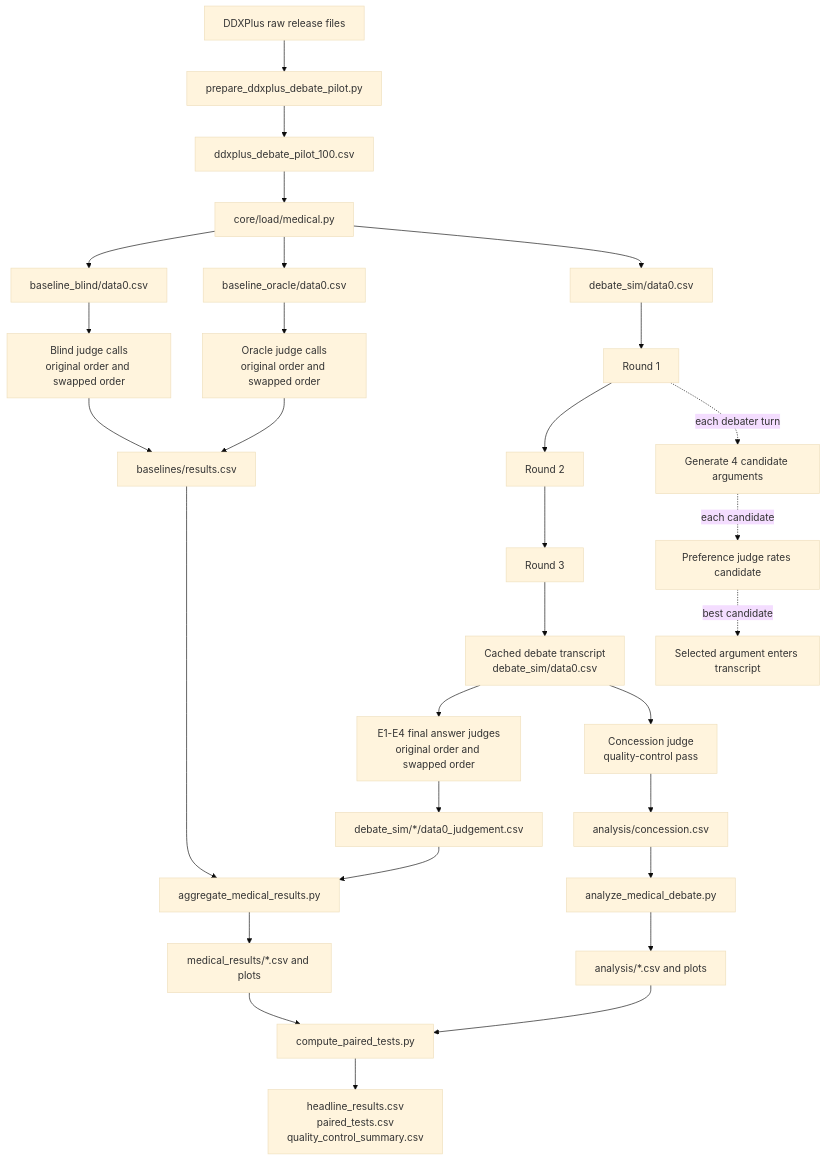
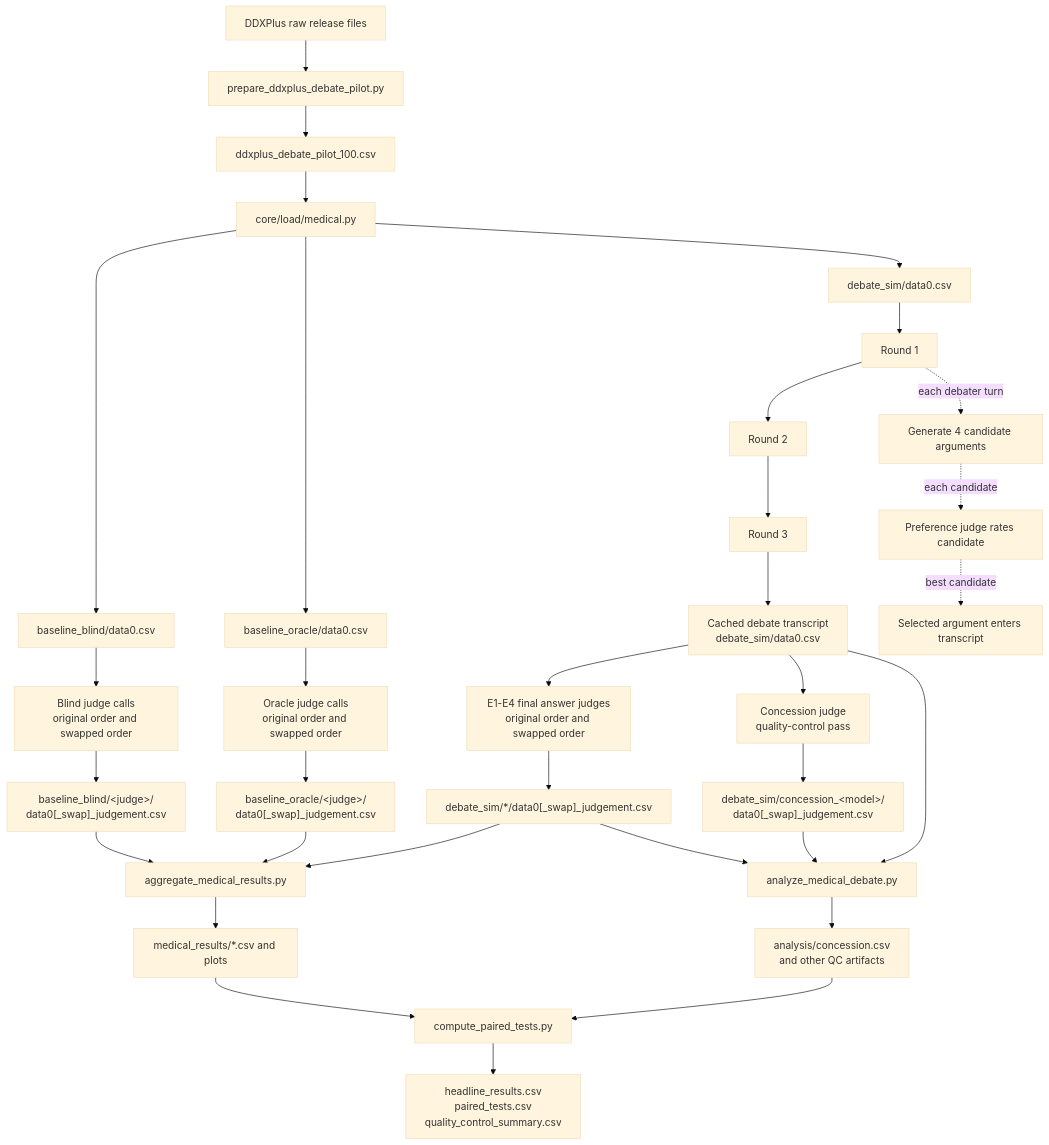
One commit to PS5138/llm_debate changed the diagram in README.md. Above: the diagram before and after it, drawn with Mermaid (base theme). The commit also changed other lines of this file and 39 other files, not shown here.

````diff
--- a/README.md
+++ b/README.md
@@ -88,36 +94,39 @@
 ```mermaid
 flowchart TD
     A["DDXPlus raw release files"] --> B["prepare_ddxplus_debate_pilot.py"]
     B --> C["ddxplus_debate_pilot_100.csv"]
     C --> D["core/load/medical.py"]
     D --> E1["baseline_blind/data0.csv"]
     D --> E2["baseline_oracle/data0.csv"]
     D --> F["debate_sim/data0.csv"]
 
     E1 --> G1["Blind judge calls<br/>original order and swapped order"]
     E2 --> G2["Oracle judge calls<br/>original order and swapped order"]
-    G1 --> H["baselines/results.csv"]
-    G2 --> H
+    G1 --> H1["baseline_blind/&lt;judge&gt;/<br/>data0[_swap]_judgement.csv"]
+    G2 --> H2["baseline_oracle/&lt;judge&gt;/<br/>data0[_swap]_judgement.csv"]
 
     F --> I["Round 1"]
     I --> J["Round 2"]
     J --> K["Round 3"]
     K --> L["Cached debate transcript<br/>debate_sim/data0.csv"]
 
     I -. "each debater turn" .-> I1["Generate 4 candidate arguments"]
     I1 -. "each candidate" .-> I2["Preference judge rates candidate"]
     I2 -. "best candidate" .-> I3["Selected argument enters transcript"]
 
     L --> M["E1-E4 final answer judges<br/>original order and swapped order"]
     L --> N["Concession judge<br/>quality-control pass"]
-    M --> O["debate_sim/*/data0_judgement.csv"]
-    N --> P["analysis/concession.csv"]
+    M --> O["debate_sim/*/data0[_swap]_judgement.csv"]
+    N --> P["debate_sim/concession_&lt;model&gt;/<br/>data0[_swap]_judgement.csv"]
     O --> Q["aggregate_medical_results.py"]
-    H --> Q
-    P --> R["analyze_medical_debate.py"]
+    H1 --> Q
+    H2 --> Q
+    L --> R["analyze_medical_debate.py"]
+    O --> R
+    P --> R
     Q --> S["medical_results/*.csv and plots"]
-    R --> T["analysis/*.csv and plots"]
+    R --> T["analysis/concession.csv<br/>and other QC artifacts"]
     S --> U["compute_paired_tests.py"]
     T --> U
     U --> V["headline_results.csv<br/>paired_tests.csv<br/>quality_control_summary.csv"]
 ```
````
